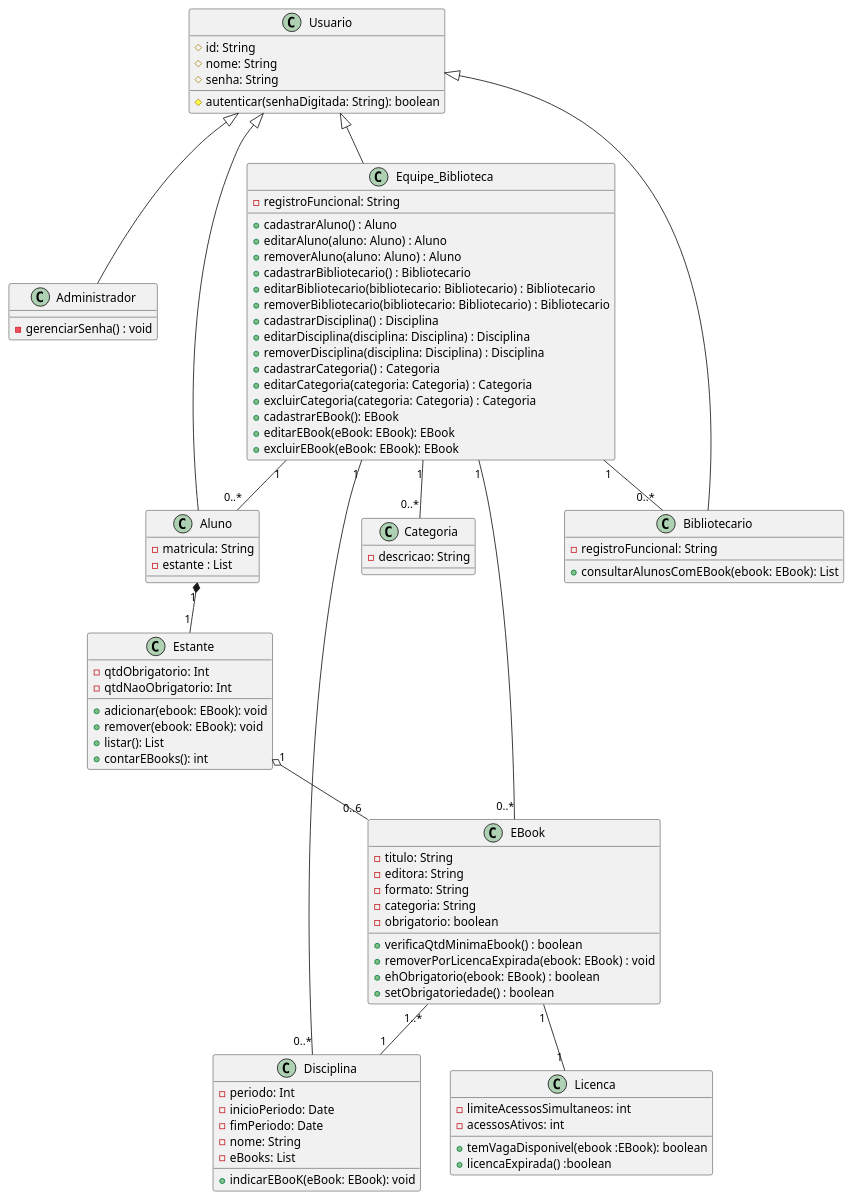
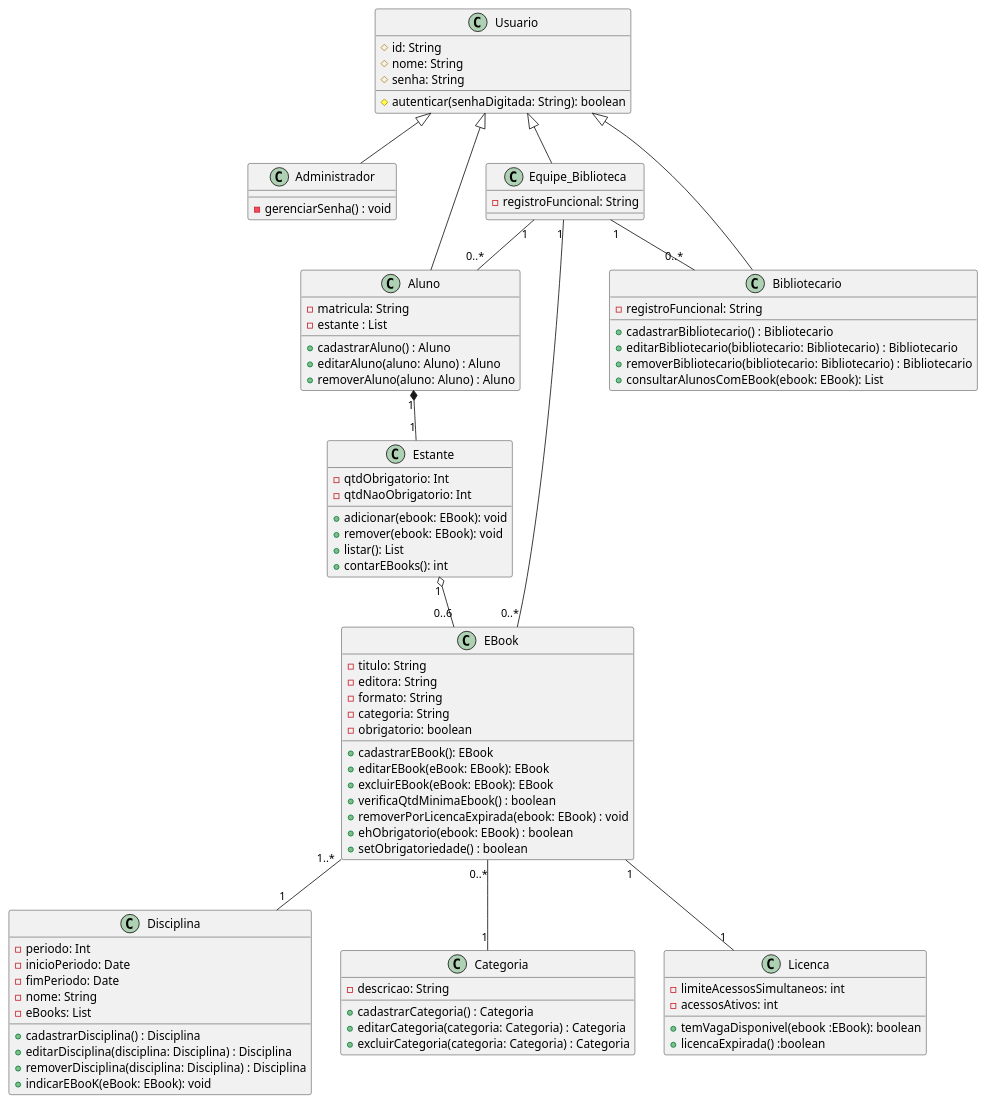
Before and after one commit to brunokilo/lab01-ebooks-biblioteca: the diagram in docs/diagramas/diagrama-de-classe.puml, drawn with PlantUML. The commit also changed 1 other file, not shown here.

Commit message:
diagramas: atualizar diagrama de classe com métodos de cadastro e edição para Aluno, Bibliotecario, Disciplina, Categoria e EBook

```diff
--- a/docs/diagramas/diagrama-de-classe.puml
+++ b/docs/diagramas/diagrama-de-classe.puml
@@ -1,98 +1,97 @@
 @startuml diagrama_de_classes_ebooks
 
 class Usuario {
   #id: String
   #nome: String
   #senha: String
   #autenticar(senhaDigitada: String): boolean
 }
 
 class Administrador{
   -gerenciarSenha() : void
 }
 
 class Aluno {
   -matricula: String
   -estante : List
+  +cadastrarAluno() : Aluno
+  +editarAluno(aluno: Aluno) : Aluno
+  +removerAluno(aluno: Aluno) : Aluno
 }
 
 class Bibliotecario {
   -registroFuncional: String
+  +cadastrarBibliotecario() : Bibliotecario
+  +editarBibliotecario(bibliotecario: Bibliotecario) : Bibliotecario
+  +removerBibliotecario(bibliotecario: Bibliotecario) : Bibliotecario
   +consultarAlunosComEBook(ebook: EBook): List
 }
 
 class Equipe_Biblioteca{
   -registroFuncional: String
-  +cadastrarAluno() : Aluno
-  +editarAluno(aluno: Aluno) : Aluno
-  +removerAluno(aluno: Aluno) : Aluno
-  +cadastrarBibliotecario() : Bibliotecario
-  +editarBibliotecario(bibliotecario: Bibliotecario) : Bibliotecario
-  +removerBibliotecario(bibliotecario: Bibliotecario) : Bibliotecario
-  +cadastrarDisciplina() : Disciplina
-  +editarDisciplina(disciplina: Disciplina) : Disciplina
-  +removerDisciplina(disciplina: Disciplina) : Disciplina
-  +cadastrarCategoria() : Categoria
-  +editarCategoria(categoria: Categoria) : Categoria
-  +excluirCategoria(categoria: Categoria) : Categoria
-  +cadastrarEBook(): EBook
-  +editarEBook(eBook: EBook): EBook
-  +excluirEBook(eBook: EBook): EBook
 }
 
 class Disciplina{
   -periodo: Int
   -inicioPeriodo: Date
   -fimPeriodo: Date
   -nome: String
   -eBooks: List
+  +cadastrarDisciplina() : Disciplina
+  +editarDisciplina(disciplina: Disciplina) : Disciplina
+  +removerDisciplina(disciplina: Disciplina) : Disciplina
   +indicarEBooK(eBook: EBook): void
 }
 
 class Categoria{
   -descricao: String
+  +cadastrarCategoria() : Categoria
+  +editarCategoria(categoria: Categoria) : Categoria
+  +excluirCategoria(categoria: Categoria) : Categoria
 }
 
 class EBook {
   -titulo: String
   -editora: String
   -formato: String
   -categoria: String
   -obrigatorio: boolean
+  +cadastrarEBook(): EBook
+  +editarEBook(eBook: EBook): EBook
+  +excluirEBook(eBook: EBook): EBook
   +verificaQtdMinimaEbook() : boolean
   +removerPorLicencaExpirada(ebook: EBook) : void
   +ehObrigatorio(ebook: EBook) : boolean
   +setObrigatoriedade() : boolean
 }
 
 class Licenca {
   -limiteAcessosSimultaneos: int
   -acessosAtivos: int
   +temVagaDisponivel(ebook :EBook): boolean
   +licencaExpirada() :boolean
 }
 
 class Estante {
   -qtdObrigatorio: Int
   -qtdNaoObrigatorio: Int
   +adicionar(ebook: EBook): void
   +remover(ebook: EBook): void
   +listar(): List
   +contarEBooks(): int
 }
 
 Usuario <|-- Aluno
 Usuario <|-- Bibliotecario
 Usuario <|-- Equipe_Biblioteca
 Usuario <|-- Administrador
 
 Aluno "1" *-- "1" Estante
 Estante "1" o-- "0..6" EBook
 EBook "1" -- "1" Licenca
 EBook "1..*" -- "1" Disciplina
+EBook "0..*" -- "1" Categoria
 Equipe_Biblioteca "1" -- "0..*" Aluno
 Equipe_Biblioteca "1" -- "0..*" Bibliotecario
 Equipe_Biblioteca "1" -- "0..*" EBook
-Equipe_Biblioteca "1" -- "0..*" Disciplina
-Equipe_Biblioteca "1" -- "0..*" Categoria
 @enduml
```
